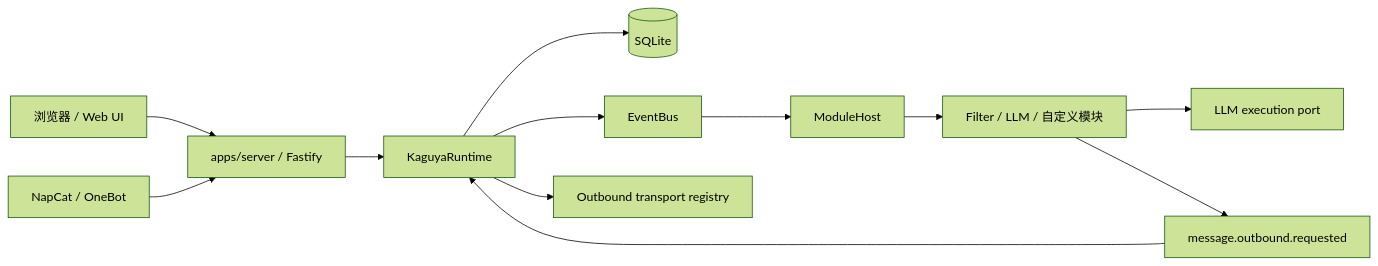
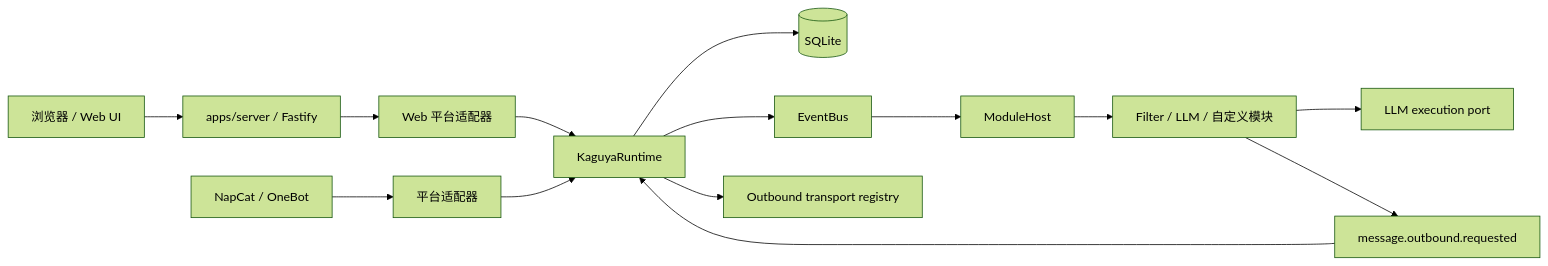
Before and after one commit to posanbu/Kaguya: the first of 2 diagrams in docs/developers/architecture.md, drawn with Mermaid (forest theme). The commit also changed other lines of this file and 18 other files, not shown here.

Commit message:
docs: fill out design user and architecture guides

````diff
--- a/docs/developers/architecture.md
+++ b/docs/developers/architecture.md
@@ -12,14 +12,16 @@
 ```mermaid
 flowchart LR
   Browser[浏览器 / Web UI] --> Server[apps/server / Fastify]
-  NapCat[NapCat / OneBot] --> Server
-  Server --> Runtime[KaguyaRuntime]
+  NapCat[NapCat / OneBot] --> Adapter[平台适配器]
+  Server --> WebAdapter[Web 平台适配器]
+  WebAdapter --> Runtime[KaguyaRuntime]
+  Adapter --> Runtime
   Runtime --> DB[(SQLite)]
   Runtime --> Bus[EventBus]
   Bus --> Host[ModuleHost]
   Host --> Modules[Filter / LLM / 自定义模块]
   Modules --> LLM[LLM execution port]
   Modules --> Outbound[message.outbound.requested]
   Outbound --> Runtime
   Runtime --> Transport[Outbound transport registry]
 ```
````
